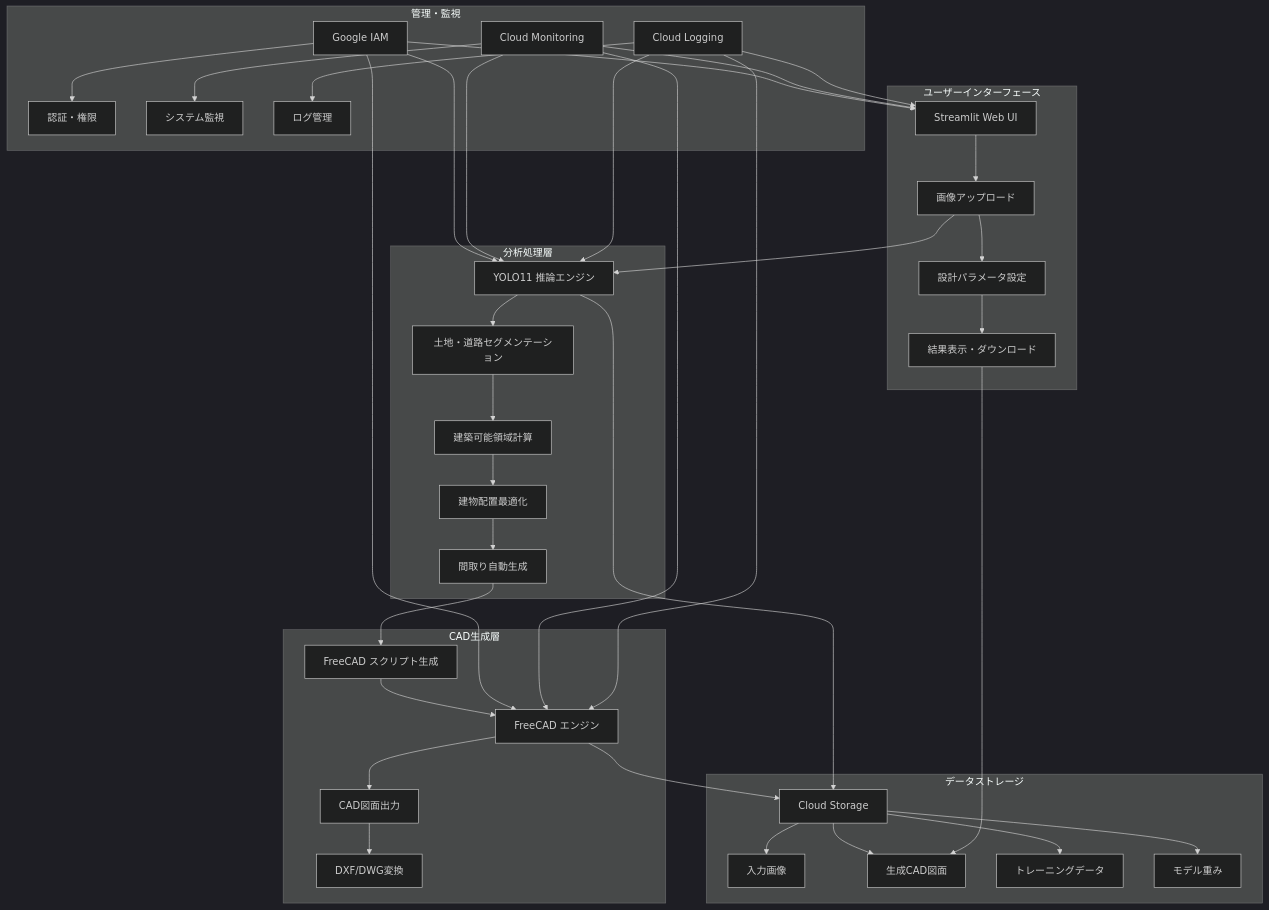
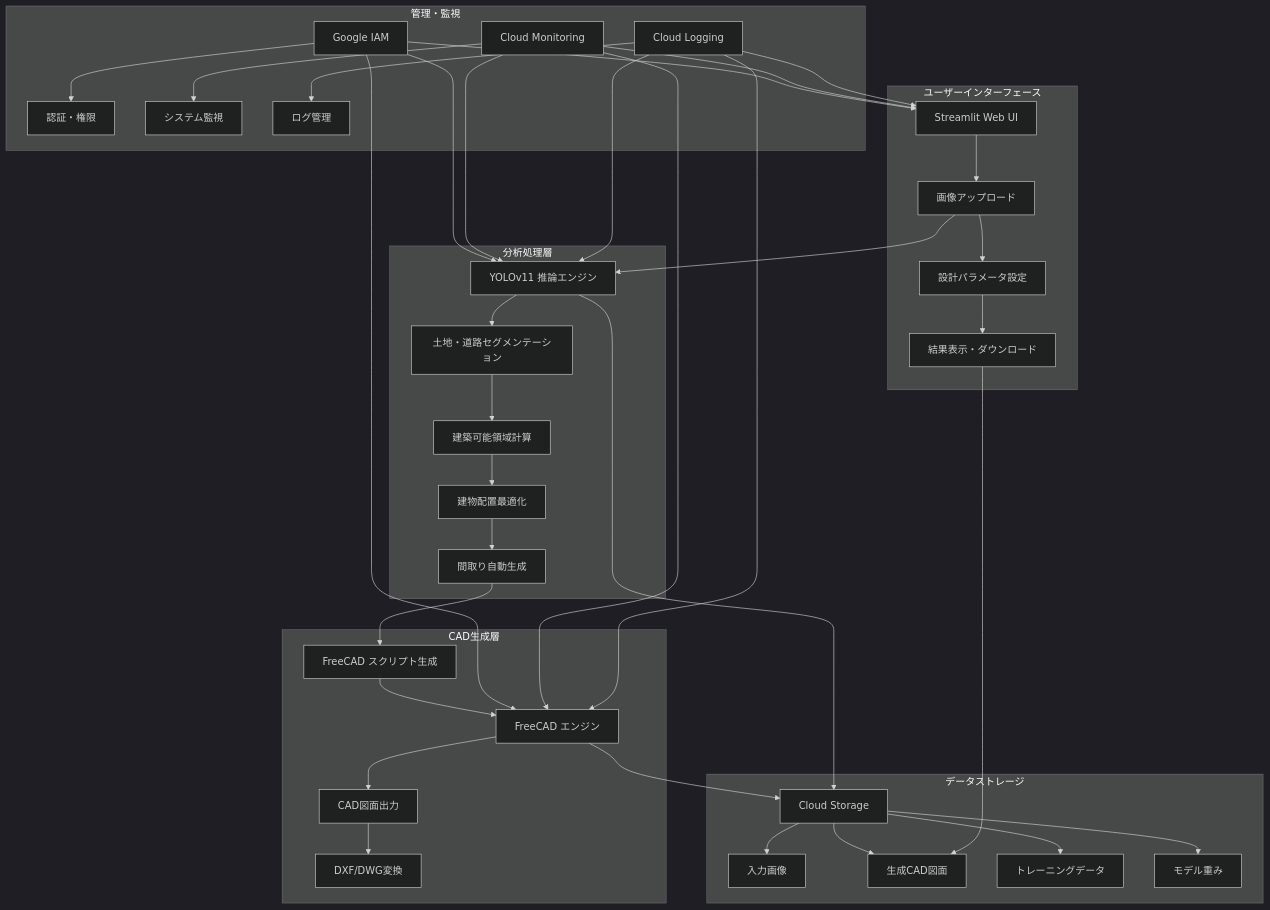
Before and after one commit to terisuke/house-design-ai: the diagram in DOCS/0407/0407systemstructure.md, drawn with Mermaid (dark theme). The commit also changed other lines of this file, not shown here.

````diff
--- a/DOCS/0407/0407systemstructure.md
+++ b/DOCS/0407/0407systemstructure.md
@@ -9,49 +9,49 @@
 ```mermaid
 graph TB
     subgraph "ユーザーインターフェース"
         A[Streamlit Web UI] --> B[画像アップロード]
         B --> C[設計パラメータ設定]
         C --> D[結果表示・ダウンロード]
     end
 
     subgraph "分析処理層"
-        E[YOLO11 推論エンジン] --> F[土地・道路セグメンテーション]
+        E[YOLOv11 推論エンジン] --> F[土地・道路セグメンテーション]
         F --> G[建築可能領域計算]
         G --> H[建物配置最適化]
         H --> I[間取り自動生成]
     end
 
     subgraph "CAD生成層"
         I --> J[FreeCAD スクリプト生成]
         J --> K[FreeCAD エンジン]
         K --> L[CAD図面出力]
         L --> M[DXF/DWG変換]
     end
 
     subgraph "データストレージ"
         N[Cloud Storage] --> O[入力画像]
         N --> P[生成CAD図面]
         N --> Q[トレーニングデータ]
         N --> R[モデル重み]
     end
 
     subgraph "管理・監視"
         S[Google IAM] --> T[認証・権限]
         U[Cloud Monitoring] --> V[システム監視]
         W[Cloud Logging] --> X[ログ管理]
     end
 
     B --> E
     D --> P
     E --> N
     K --> N
     S --> A
     S --> E
     S --> K
     U --> A
     U --> E
     U --> K
     W --> A
     W --> E
     W --> K
 ```
````
